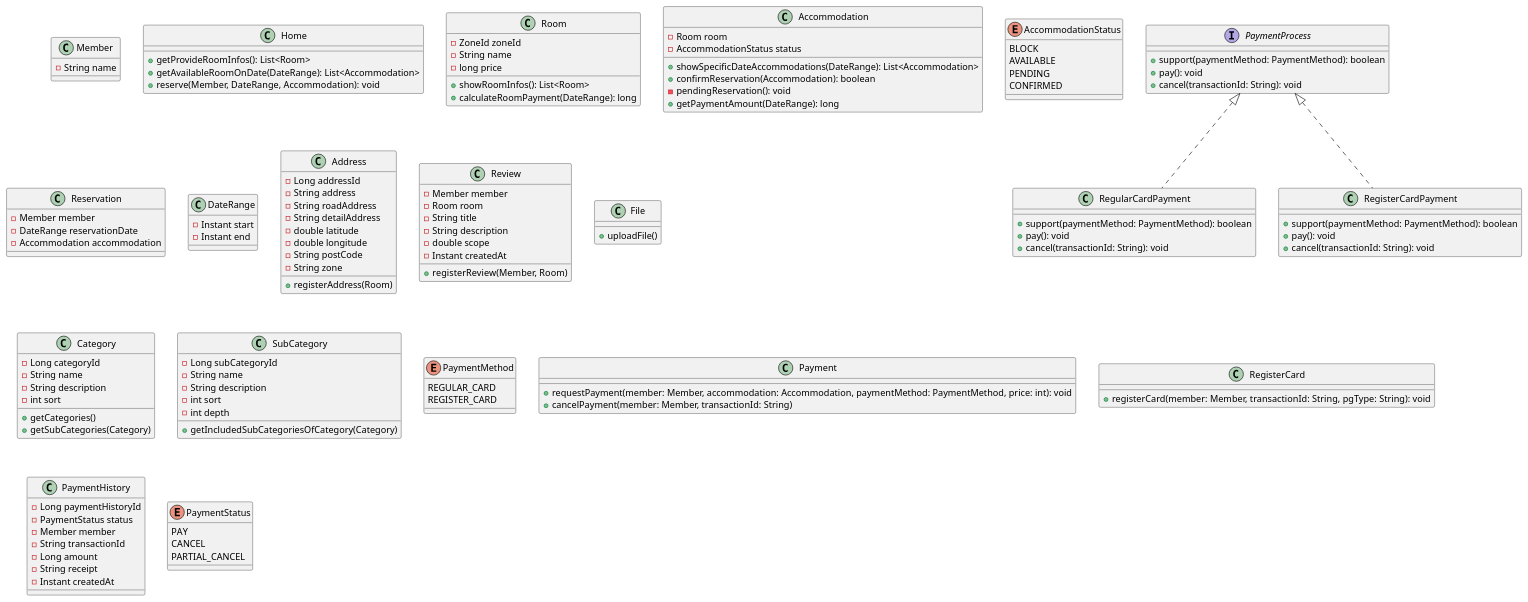
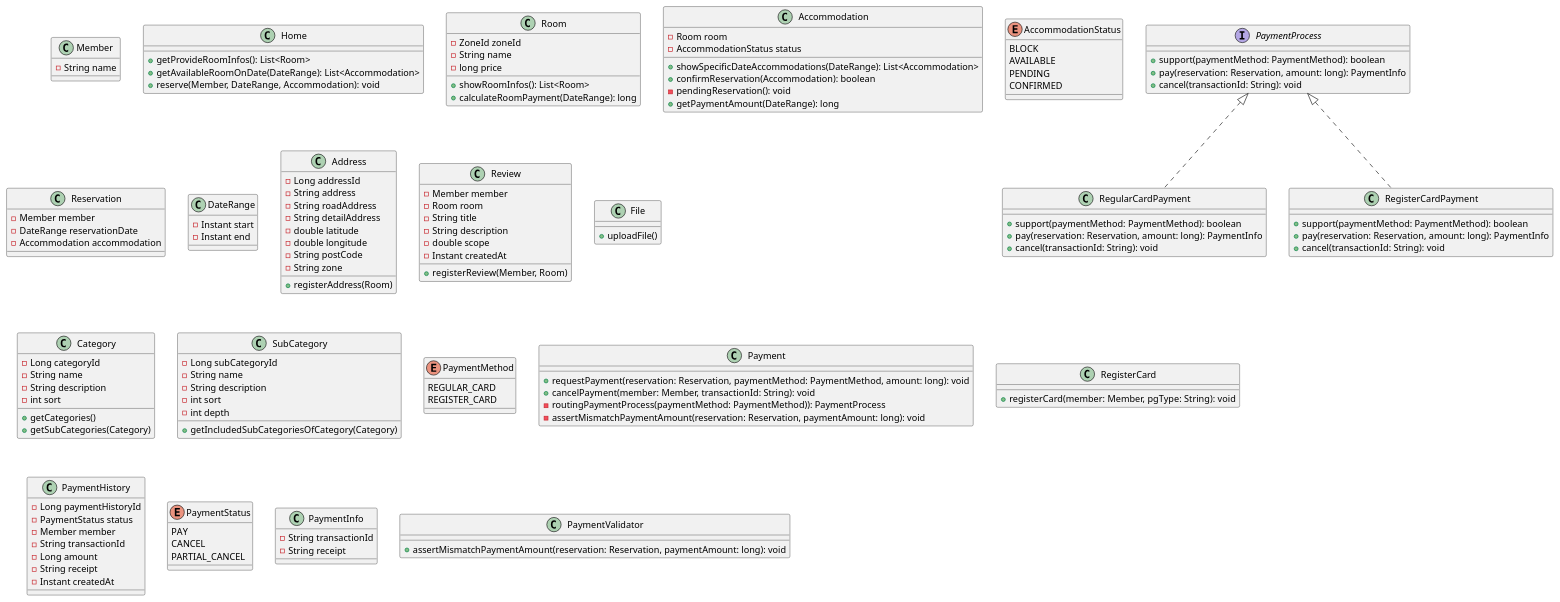
The diagram in class-diagram.puml (f-lab-edu/room-reservation-service), drawn with PlantUML before and after one commit. The commit also changed 14 other files, not shown here.

Commit message:
feat: 결제 로직 추가 및 클래스 다이어그램 재정의

```diff
--- a/class-diagram.puml
+++ b/class-diagram.puml
@@ -1,139 +1,150 @@
 @startuml
 class Member {
   -String name
 }
 
 class Home {
   +getProvideRoomInfos(): List<Room>
   +getAvailableRoomOnDate(DateRange): List<Accommodation>
   +reserve(Member, DateRange, Accommodation): void
 }
 
 class Room {
   -ZoneId zoneId
   -String name
   -long price
   +showRoomInfos(): List<Room>
   +calculateRoomPayment(DateRange): long
 }
 
 class Accommodation {
   -Room room
   -AccommodationStatus status
   +showSpecificDateAccommodations(DateRange): List<Accommodation>
   +confirmReservation(Accommodation): boolean
   -pendingReservation(): void
   +getPaymentAmount(DateRange): long
 }
 
 enum AccommodationStatus {
   BLOCK
   AVAILABLE
   PENDING
   CONFIRMED
 }
 
 class Reservation {
   -Member member
   -DateRange reservationDate
   -Accommodation accommodation
 }
 
 class DateRange {
   -Instant start
   -Instant end
 }
 
 class Address {
   -Long addressId
   -String address
   -String roadAddress
   -String detailAddress
   -double latitude
   -double longitude
   -String postCode
   -String zone
   +registerAddress(Room)
 }
 
 class Review {
   -Member member
   -Room room
   -String title
   -String description
   -double scope
   -Instant createdAt
   +registerReview(Member, Room)
 }
 
 class File {
   +uploadFile()
 }
 
 class Category {
   -Long categoryId
   -String name
   -String description
   -int sort
   +getCategories()
   +getSubCategories(Category)
 }
 
 class SubCategory {
   -Long subCategoryId
   -String name
   -String description
   -int sort
   -int depth
   +getIncludedSubCategoriesOfCategory(Category)
 }
 
 enum PaymentMethod {
   REGULAR_CARD
   REGISTER_CARD
 }
 
 class Payment {
- +requestPayment(member: Member, accommodation: Accommodation, paymentMethod: PaymentMethod, price: int): void
- +cancelPayment(member: Member, transactionId: String)
+ +requestPayment(reservation: Reservation, paymentMethod: PaymentMethod, amount: long): void
+ +cancelPayment(member: Member, transactionId: String): void
+ -routingPaymentProcess(paymentMethod: PaymentMethod)): PaymentProcess
+ -assertMismatchPaymentAmount(reservation: Reservation, paymentAmount: long): void
 }
 
 class RegisterCard {
- +registerCard(member: Member, transactionId: String, pgType: String): void
+ +registerCard(member: Member, pgType: String): void
 }
 
 interface PaymentProcess {
  +support(paymentMethod: PaymentMethod): boolean
- +pay(): void
+ +pay(reservation: Reservation, amount: long): PaymentInfo
  +cancel(transactionId: String): void
 }
 
 class RegularCardPayment implements PaymentProcess {
  +support(paymentMethod: PaymentMethod): boolean
- +pay(): void
+ +pay(reservation: Reservation, amount: long): PaymentInfo
  +cancel(transactionId: String): void
 }
 
 class RegisterCardPayment implements PaymentProcess  {
  +support(paymentMethod: PaymentMethod): boolean
- +pay(): void
+ +pay(reservation: Reservation, amount: long): PaymentInfo
  +cancel(transactionId: String): void
 }
 
 class PaymentHistory {
  -Long paymentHistoryId
  -PaymentStatus status
  -Member member
  -String transactionId
  -Long amount
  -String receipt
  -Instant createdAt
 }
 
 enum PaymentStatus {
  PAY
  CANCEL
  PARTIAL_CANCEL
 }
 
+class PaymentInfo {
+ -String transactionId
+ -String receipt
+}
+
+class PaymentValidator {
+ +assertMismatchPaymentAmount(reservation: Reservation, paymentAmount: long): void
+}
+
 @enduml
```
